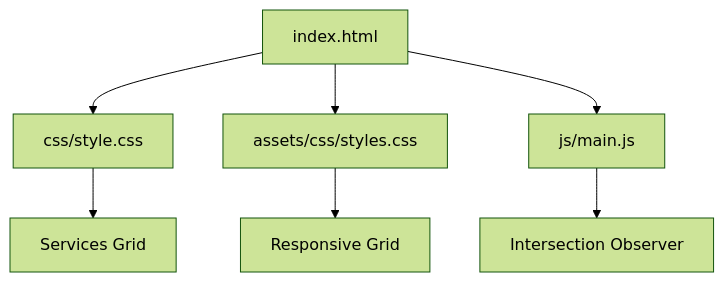
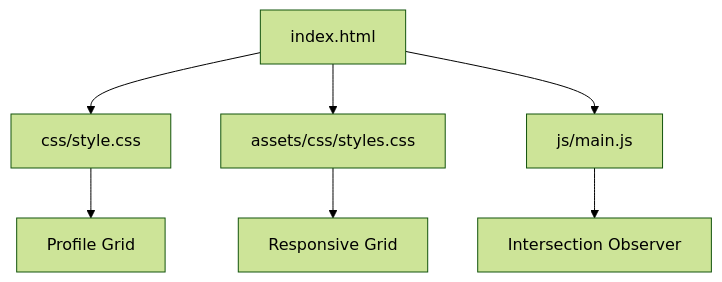
Before and after one commit to lynchip/graduates: the third of 3 diagrams in .qoder/repowiki/en/content/Core Features/Service Showcase/Services Section.md, drawn with Mermaid (forest theme). The commit also changed other lines of this file and 12 other files, not shown here.

````diff
--- a/.qoder/repowiki/en/content/Core Features/Service Showcase/Services Section.md
+++ b/.qoder/repowiki/en/content/Core Features/Service Showcase/Services Section.md
@@ -282,9 +296,9 @@
 ```mermaid
 graph TB
 HTMLIndex["index.html"] --> CSSStyle["css/style.css"]
 HTMLIndex --> CSSAssets["assets/css/styles.css"]
 HTMLIndex --> JSMain["js/main.js"]
-CSSStyle --> ServicesGrid["Services Grid"]
+CSSStyle --> ProfileGrid["Profile Grid"]
 CSSAssets --> ResponsiveGrid["Responsive Grid"]
 JSMain --> ScrollObserver["Intersection Observer"]
 ```
````
